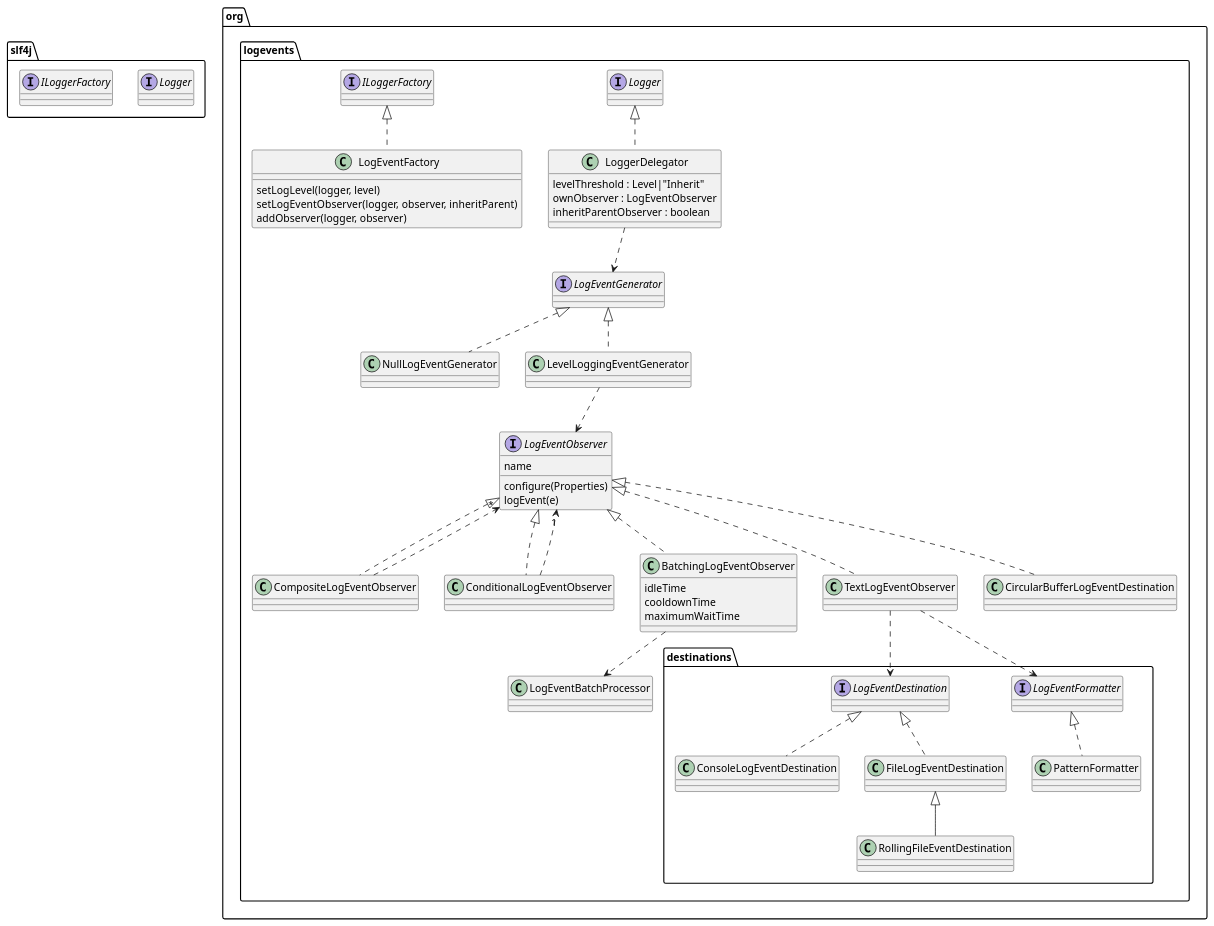
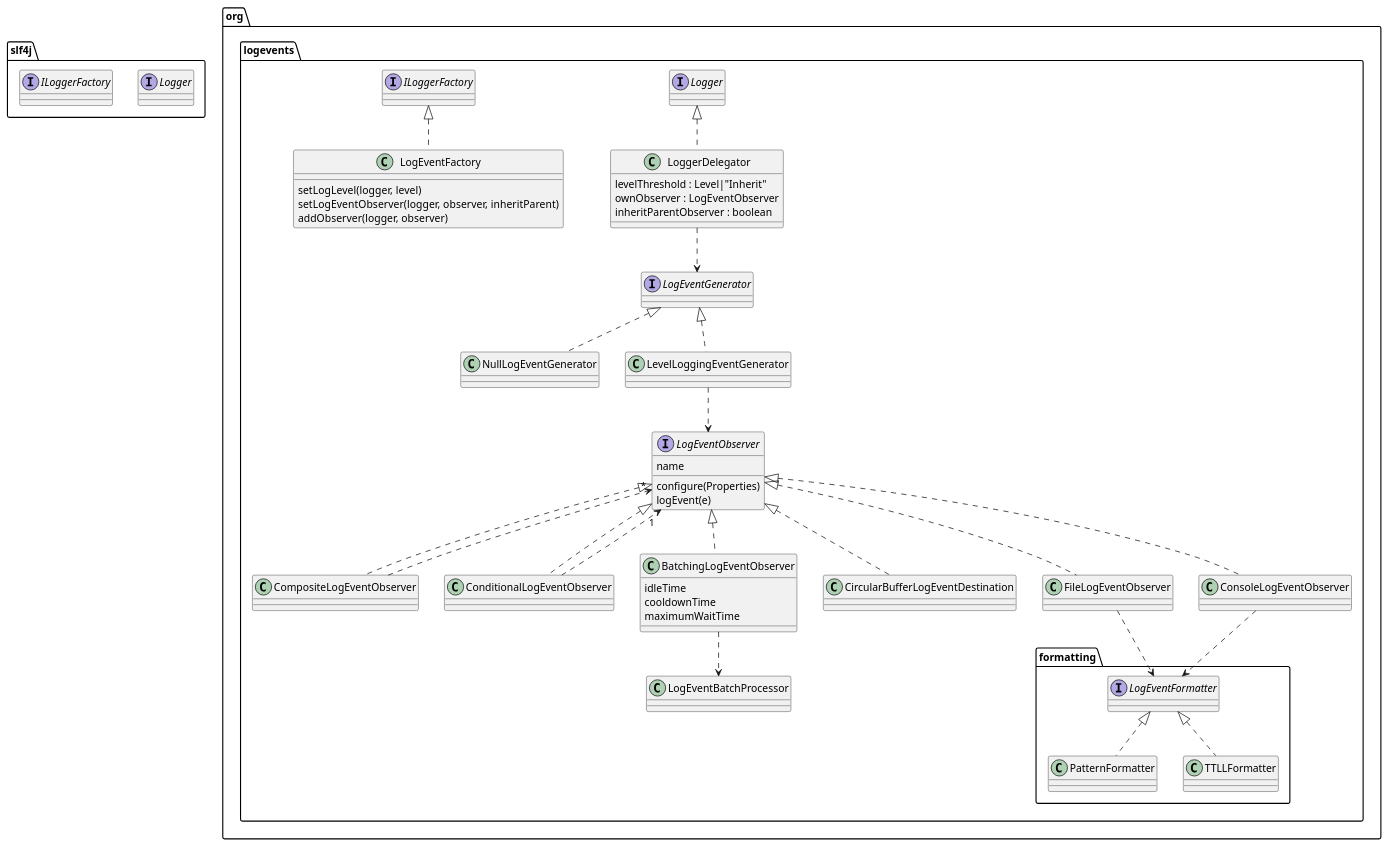
Before and after one commit to jhannes/logevents: the diagram in doc/classes.puml, drawn with PlantUML. The commit also changed 20 other files, not shown here.

```diff
--- a/doc/classes.puml
+++ b/doc/classes.puml
@@ -1,66 +1,62 @@
 @startuml
 
 package "slf4j" {
   interface Logger
   interface ILoggerFactory
 }
 
 package "org.logevents" {
 
 	class LoggerDelegator implements Logger {
 	  levelThreshold : Level|"Inherit"
 	  ownObserver : LogEventObserver
 	  inheritParentObserver : boolean
 	}
 	
 	class LogEventFactory implements ILoggerFactory {
 	  setLogLevel(logger, level)
 	  setLogEventObserver(logger, observer, inheritParent)
 	  addObserver(logger, observer)
 	}
 	
 	interface LogEventGenerator
 	LoggerDelegator ..> LogEventGenerator
 	
 	class NullLogEventGenerator implements LogEventGenerator
 	class LevelLoggingEventGenerator implements LogEventGenerator
 	
 	interface LogEventObserver {
 	  name
 	  configure(Properties)
 	  logEvent(e)
 	}
 	LevelLoggingEventGenerator ..> LogEventObserver
 	
 	class CompositeLogEventObserver implements LogEventObserver
 	class ConditionalLogEventObserver implements LogEventObserver
 	class BatchingLogEventObserver implements LogEventObserver {
 	  idleTime
 	  cooldownTime
 	  maximumWaitTime
 	}
-	class TextLogEventObserver implements LogEventObserver
 	class CircularBufferLogEventDestination implements LogEventObserver
+	class FileLogEventObserver implements LogEventObserver
+	class ConsoleLogEventObserver implements LogEventObserver
 	CompositeLogEventObserver ..> "*" LogEventObserver
 	ConditionalLogEventObserver ..> "1" LogEventObserver
 	
 	
-	package "destinations" {
+	package "formatting" {
 		interface LogEventFormatter
-		TextLogEventObserver ..> LogEventFormatter
-		class PatternFormatter implements LogEventFormatter
-		
-		interface LogEventDestination
-		TextLogEventObserver ..> LogEventDestination
-
-		class ConsoleLogEventDestination implements LogEventDestination
-		class FileLogEventDestination implements LogEventDestination
-		class RollingFileEventDestination extends FileLogEventDestination
+		FileLogEventObserver ..> LogEventFormatter
+		ConsoleLogEventObserver ..> LogEventFormatter
+        class PatternFormatter implements LogEventFormatter
+        class TTLLFormatter implements LogEventFormatter
 	}
 	
 	class LogEventBatchProcessor
 	BatchingLogEventObserver ..> LogEventBatchProcessor
 
 }
 	
 @enduml
```
